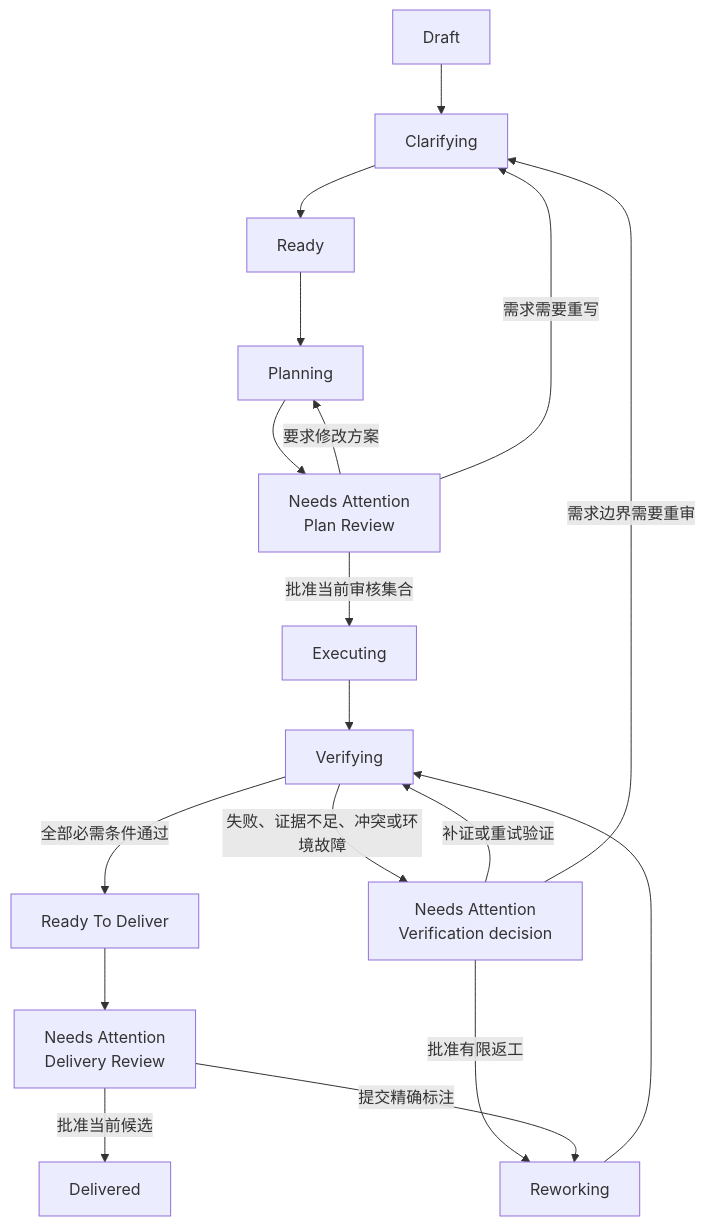
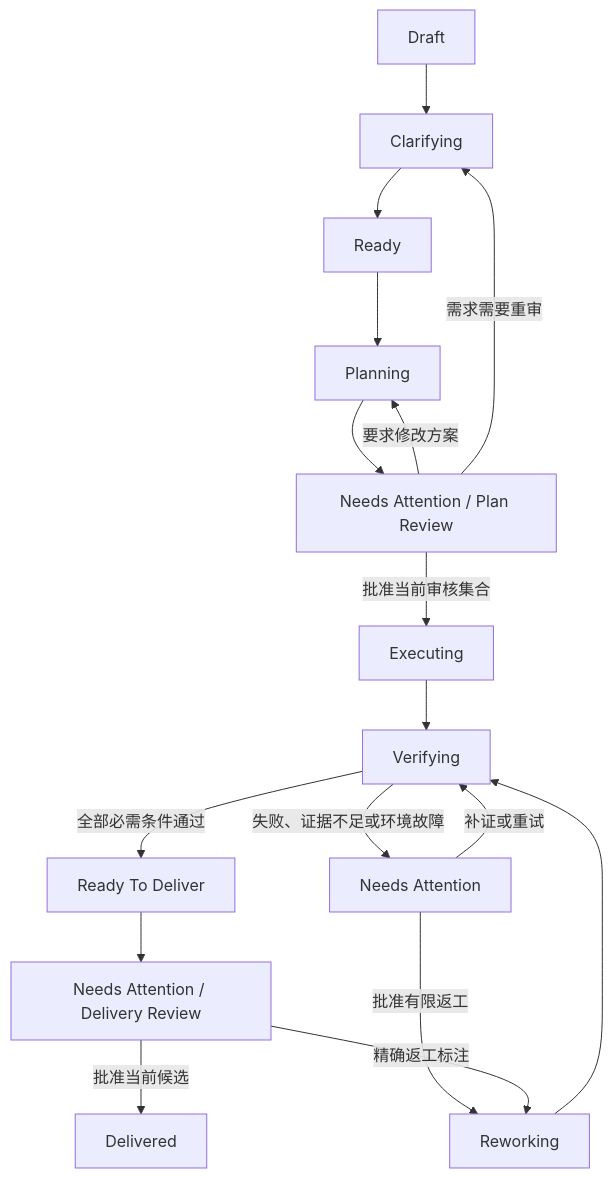
Before and after one commit to changw98ic/winwincode: the second of 2 diagrams in docs/architecture.md, drawn with Mermaid. The commit also changed other lines of this file and 722 other files, not shown here.

````diff
--- a/docs/architecture.md
+++ b/docs/architecture.md
@@ -188,33 +129,17 @@
 ```mermaid
 flowchart TD
-  Draft[Draft]
-  Clarifying[Clarifying]
-  Ready[Ready]
-  Planning[Planning]
-  PlanReview[Needs Attention<br/>Plan Review]
-  Executing[Executing]
-  Verifying[Verifying]
-  VerifyAttention[Needs Attention<br/>Verification decision]
-  Reworking[Reworking]
-  ReadyToDeliver[Ready To Deliver]
-  DeliveryReview[Needs Attention<br/>Delivery Review]
-  Delivered[Delivered]
-
-  Draft --> Clarifying
-  Clarifying --> Ready
-  Ready --> Planning
-  Planning --> PlanReview
-  PlanReview -->|批准当前审核集合| Executing
+  Draft[Draft] --> Clarifying[Clarifying]
+  Clarifying --> Ready[Ready] --> Planning[Planning]
+  Planning --> PlanReview[Needs Attention / Plan Review]
+  PlanReview -->|批准当前审核集合| Executing[Executing]
   PlanReview -->|要求修改方案| Planning
-  PlanReview -->|需求需要重写| Clarifying
-  Executing --> Verifying
-  Verifying -->|全部必需条件通过| ReadyToDeliver
-  Verifying -->|失败、证据不足、冲突或环境故障| VerifyAttention
-  VerifyAttention -->|补证或重试验证| Verifying
-  VerifyAttention -->|批准有限返工| Reworking
-  VerifyAttention -->|需求边界需要重审| Clarifying
-  Reworking --> Verifying
-  ReadyToDeliver --> DeliveryReview
-  DeliveryReview -->|批准当前候选| Delivered
-  DeliveryReview -->|提交精确标注| Reworking
+  PlanReview -->|需求需要重审| Clarifying
+  Executing --> Verifying[Verifying]
+  Verifying -->|全部必需条件通过| ReadyToDeliver[Ready To Deliver]
+  Verifying -->|失败、证据不足或环境故障| Attention[Needs Attention]
+  Attention -->|补证或重试| Verifying
+  Attention -->|批准有限返工| Reworking[Reworking] --> Verifying
+  ReadyToDeliver --> Review[Needs Attention / Delivery Review]
+  Review -->|批准当前候选| Delivered[Delivered]
+  Review -->|精确返工标注| Reworking
 ```
````
